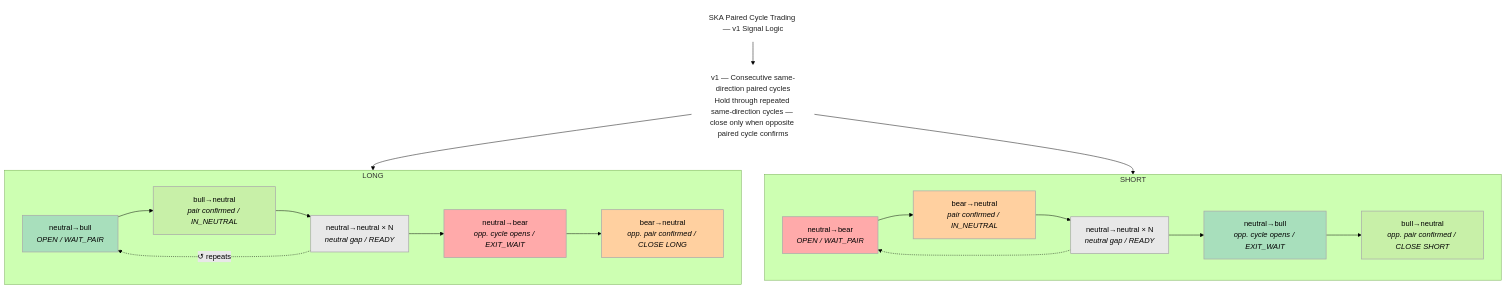
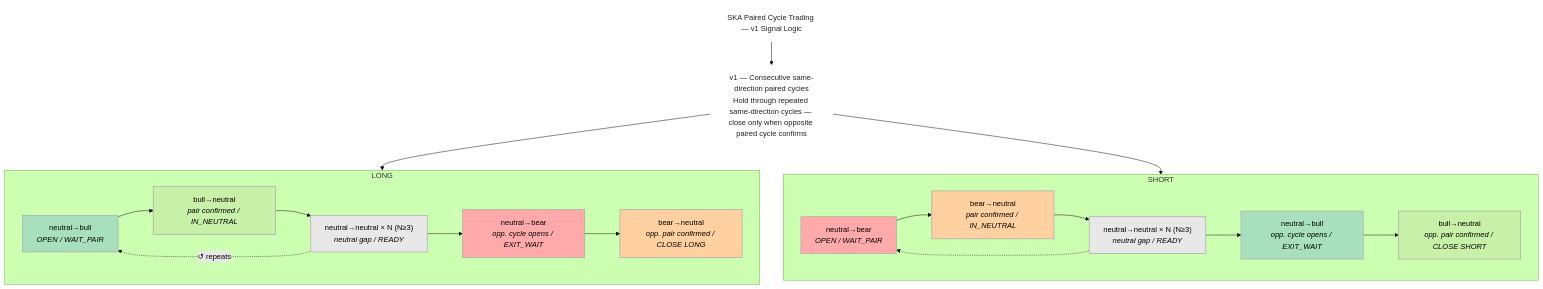
Before and after one commit to quantiota/SKA-quantitative-finance: the diagram in real_time_trading_bots/schema_bot_versions.mmd, drawn with Mermaid (forest theme).

```diff
--- a/real_time_trading_bots/schema_bot_versions.mmd
+++ b/real_time_trading_bots/schema_bot_versions.mmd
@@ -1,54 +1,52 @@
-
-
 flowchart TB
     title["SKA Paired Cycle Trading — v1 Signal Logic"]
 
     note["v1 — Consecutive same-direction paired cycles<br/>Hold through repeated same-direction cycles — close only when opposite paired cycle confirms"]
 
     title --> note
 
     subgraph LONG["LONG"]
         direction LR
         L1["neutral→bull<br/><i>OPEN / WAIT_PAIR</i>"]
         L2["bull→neutral<br/><i>pair confirmed / IN_NEUTRAL</i>"]
-        L3["neutral→neutral × N<br/><i>neutral gap / READY</i>"]
+        L3["neutral→neutral × N (N≥3)<br/><i>neutral gap / READY</i>"]
         L4["neutral→bear<br/><i>opp. cycle opens / EXIT_WAIT</i>"]
         L5["bear→neutral<br/><i>opp. pair confirmed / CLOSE LONG</i>"]
 
         L1 --> L2 --> L3 --> L4 --> L5
         L3 -. "↺ repeats" .-> L1
     end
 
     subgraph SHORT["SHORT"]
         direction LR
         S1["neutral→bear<br/><i>OPEN / WAIT_PAIR</i>"]
         S2["bear→neutral<br/><i>pair confirmed / IN_NEUTRAL</i>"]
-        S3["neutral→neutral × N<br/><i>neutral gap / READY</i>"]
+        S3["neutral→neutral × N (N≥3)<br/><i>neutral gap / READY</i>"]
         S4["neutral→bull<br/><i>opp. cycle opens / EXIT_WAIT</i>"]
         S5["bull→neutral<br/><i>opp. pair confirmed / CLOSE SHORT</i>"]
 
         S1 --> S2 --> S3 --> S4 --> S5
         S3 -.-> S1
     end
 
     note --> LONG
     note --> SHORT
 
     classDef longOpen fill:#A8DFBC,stroke:#AAAAAA,color:#000,stroke-width:1.5px;
     classDef longPair fill:#C8F0A8,stroke:#AAAAAA,color:#000,stroke-width:1.5px;
     classDef shortOpen fill:#FFAAAA,stroke:#AAAAAA,color:#000,stroke-width:1.5px;
     classDef shortPair fill:#FFD0A0,stroke:#AAAAAA,color:#000,stroke-width:1.5px;
     classDef neutral fill:#E8E8E8,stroke:#AAAAAA,color:#000,stroke-width:1.5px;
     classDef meta fill:#FFFFFF,stroke:#FFFFFF,color:#222;
 
     class title,note meta;
     class L1 longOpen;
     class L2 longPair;
     class L3 neutral;
     class L4 shortOpen;
     class L5 shortPair;
     class S1 shortOpen;
     class S2 shortPair;
     class S3 neutral;
     class S4 longOpen;
     class S5 longPair;
```
